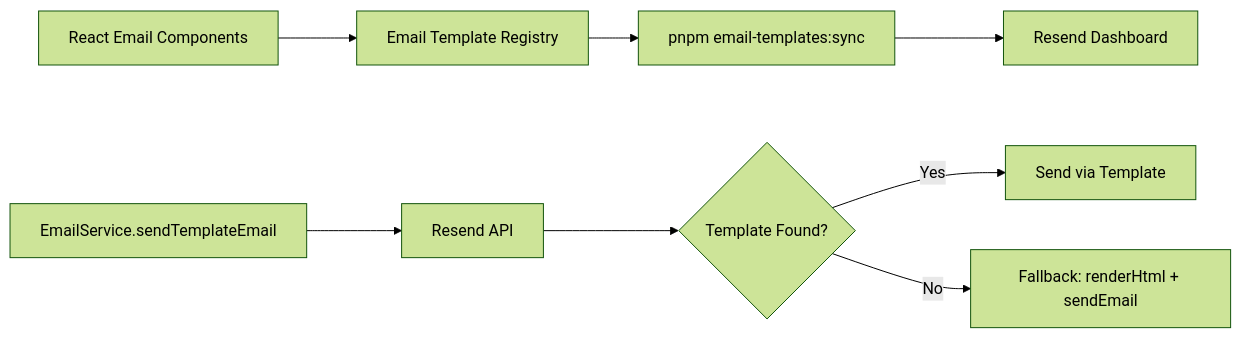
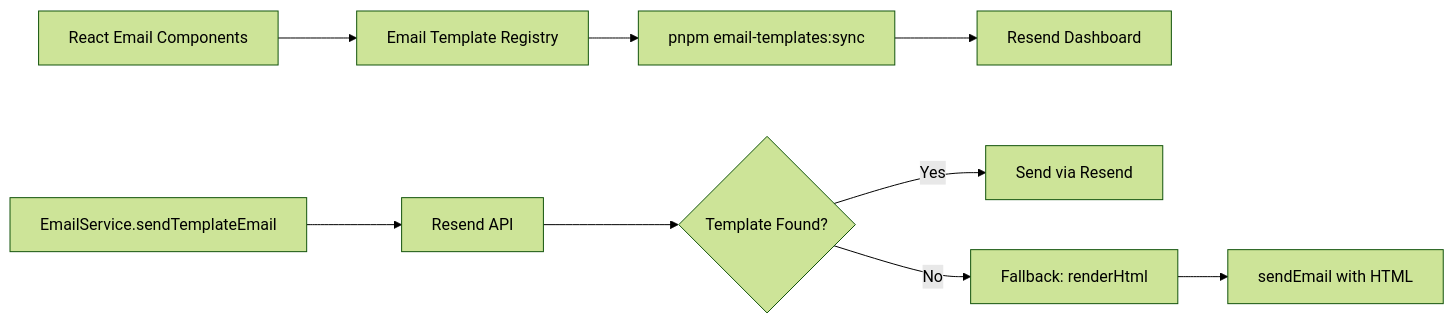
The diagram in backend/email/template-system.mdx (tech-propwise-org/docs), drawn with Mermaid (forest theme) before and after one commit. The commit also changed other lines of this file and 71 other files, not shown here.

````diff
--- a/backend/email/template-system.mdx
+++ b/backend/email/template-system.mdx
@@ -22,10 +20,11 @@
 ```mermaid
 graph LR
     A[React Email Components] --> B[Email Template Registry]
     B --> C[pnpm email-templates:sync]
     C --> D[Resend Dashboard]
     E[EmailService.sendTemplateEmail] --> F[Resend API]
     F --> G{Template Found?}
-    G -->|Yes| H[Send via Template]
-    G -->|No| I[Fallback: renderHtml + sendEmail]
+    G -->|Yes| H[Send via Resend]
+    G -->|No| I[Fallback: renderHtml]
+    I --> J[sendEmail with HTML]
 ```
````
